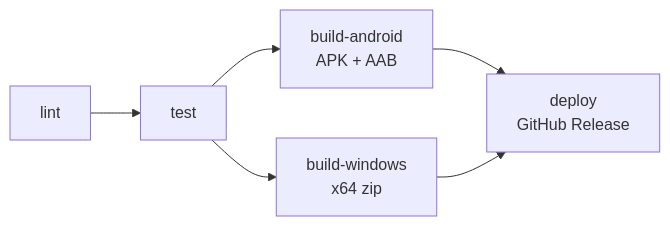
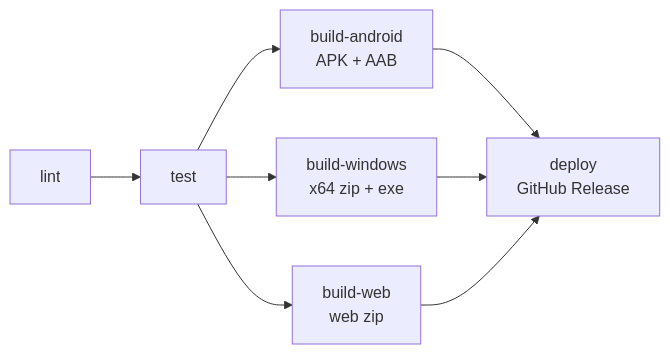
The diagram in docs/ci-cd.md (Hitikov/task_tracker_oridj), drawn with Mermaid before and after one commit. The commit also changed other lines of this file and 30 other files, not shown here.

````diff
--- a/docs/ci-cd.md
+++ b/docs/ci-cd.md
@@ -12,8 +12,10 @@
 ```mermaid
 flowchart LR
   L[lint] --> T[test]
   T --> A[build-android<br/>APK + AAB]
-  T --> W[build-windows<br/>x64 zip]
+  T --> W[build-windows<br/>x64 zip + exe]
+  T --> B[build-web<br/>web zip]
   A --> D[deploy<br/>GitHub Release]
   W --> D
+  B --> D
 ```
````
